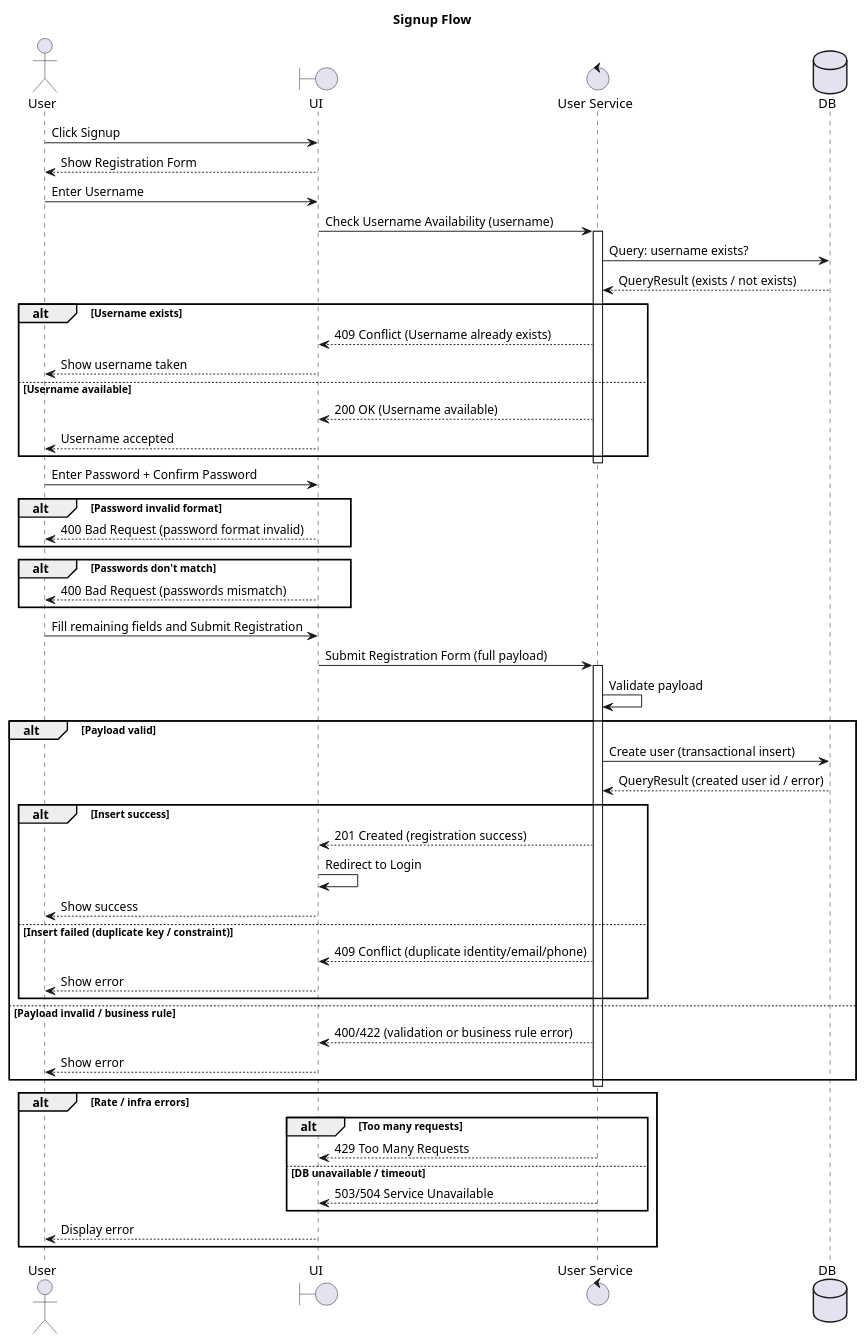
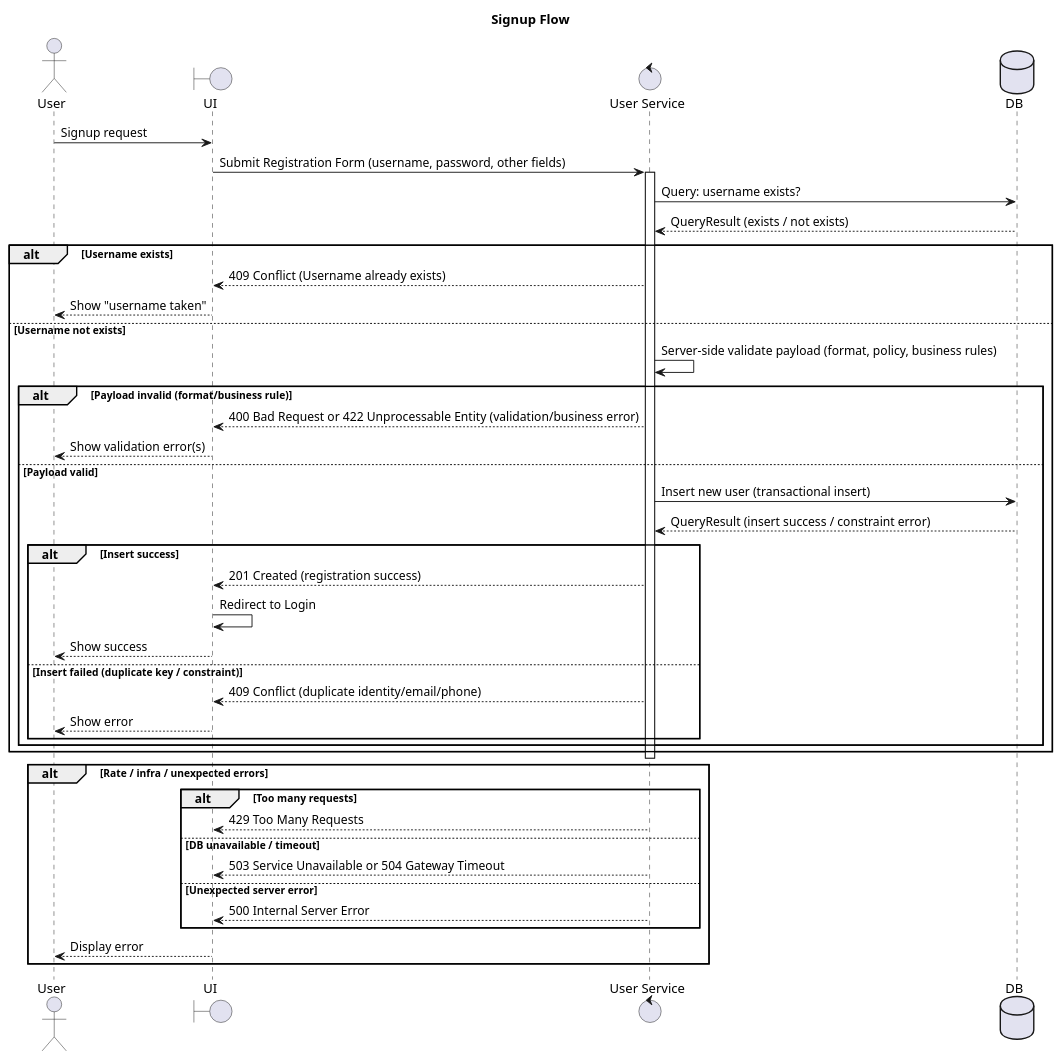
The diagram in UML/Sequence/Signup.puml (Sagitoaz/BTL_OOP), drawn with PlantUML before and after one commit. The commit also changed 3 other files, not shown here.

Commit message:
Fix: Account Sequence

```diff
--- a/UML/Sequence/Signup.puml
+++ b/UML/Sequence/Signup.puml
@@ -1,65 +1,49 @@
 @startuml Signup Flow
 title Signup Flow
 actor User
 boundary UI
 control "User Service" as Service
 database DB
 
-User -> UI: Click Signup
-UI --> User: Show Registration Form
+User -> UI: Signup request
 
-User -> UI: Enter Username
-UI -> Service: Check Username Availability (username)
+UI -> Service: Submit Registration Form (username, password, other fields)
 activate Service
+
 Service -> DB: Query: username exists?
 DB --> Service: QueryResult (exists / not exists)
 
 alt Username exists
     Service --> UI: 409 Conflict (Username already exists)
-    UI --> User: Show username taken
-else Username available
-    Service --> UI: 200 OK (Username available)
-    UI --> User: Username accepted
+    UI --> User: Show "username taken"
+else Username not exists
+    Service -> Service: Server-side validate payload (format, policy, business rules)
+    alt Payload invalid (format/business rule)
+        Service --> UI: 400 Bad Request or 422 Unprocessable Entity (validation/business error)
+        UI --> User: Show validation error(s)
+    else Payload valid
+        Service -> DB: Insert new user (transactional insert)
+        DB --> Service: QueryResult (insert success / constraint error)
+        alt Insert success
+            Service --> UI: 201 Created (registration success)
+            UI -> UI: Redirect to Login
+            UI --> User: Show success
+        else Insert failed (duplicate key / constraint)
+            Service --> UI: 409 Conflict (duplicate identity/email/phone)
+            UI --> User: Show error
+        end
+    end
 end
 deactivate Service
 
-' Client-side: password format & confirmation (UI validation)
-User -> UI: Enter Password + Confirm Password
-alt Password invalid format
-    UI --> User: 400 Bad Request (password format invalid)
-end
-alt Passwords don't match
-    UI --> User: 400 Bad Request (passwords mismatch)
-end
-
-User -> UI: Fill remaining fields and Submit Registration
-UI -> Service: Submit Registration Form (full payload)
-activate Service
-Service -> Service: Validate payload
-
-alt Payload valid
-    Service -> DB: Create user (transactional insert)
-    DB --> Service: QueryResult (created user id / error)
-    alt Insert success
-        Service --> UI: 201 Created (registration success)
-        UI -> UI: Redirect to Login
-        UI --> User: Show success
-    else Insert failed (duplicate key / constraint)
-        Service --> UI: 409 Conflict (duplicate identity/email/phone)
-        UI --> User: Show error
-    end
-else Payload invalid / business rule
-    Service --> UI: 400/422 (validation or business rule error)
-    UI --> User: Show error
-end
-deactivate Service
-
-alt Rate / infra errors
+alt Rate / infra / unexpected errors
     alt Too many requests
         Service --> UI: 429 Too Many Requests
     else DB unavailable / timeout
-        Service --> UI: 503/504 Service Unavailable
+        Service --> UI: 503 Service Unavailable or 504 Gateway Timeout
+    else Unexpected server error
+        Service --> UI: 500 Internal Server Error
     end
     UI --> User: Display error
 end
 @enduml
```
